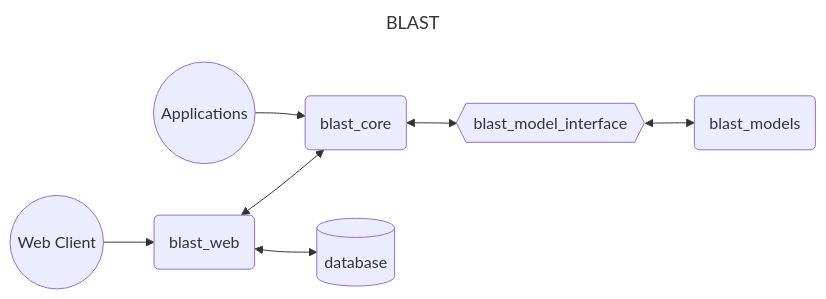
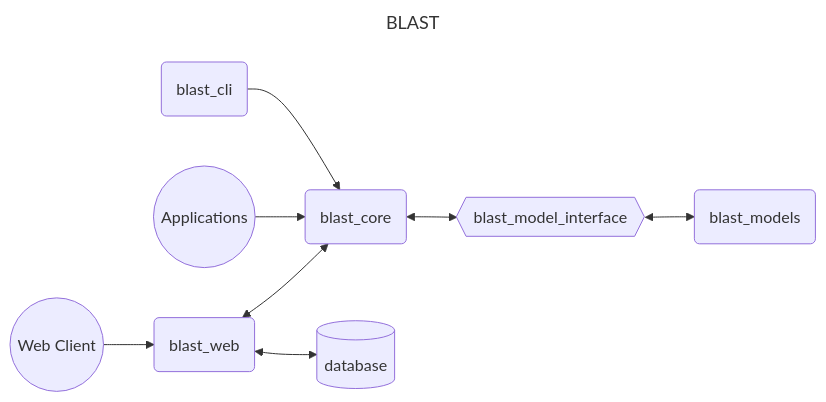
The first of 2 diagrams in design/blast_design.md (bjohnson5/blast), drawn with Mermaid before and after one commit. The commit also changed other lines of this file and 18 other files, not shown here.

````diff
--- a/design/blast_design.md
+++ b/design/blast_design.md
@@ -2,18 +4,20 @@
 ```mermaid
 ---
 title: BLAST
 ---
 flowchart LR
     core(blast_core)
     web(blast_web)
     model(blast_models)
     interface{{blast_model_interface}}
     database[(database)]
     client((Web Client))
     application((Applications))
+    blast_cli(blast_cli)
 
     client-->web<-->core
     web<-->database
     application-->core
+    blast_cli-->core
     core<-->interface<-->model
 ```
````
